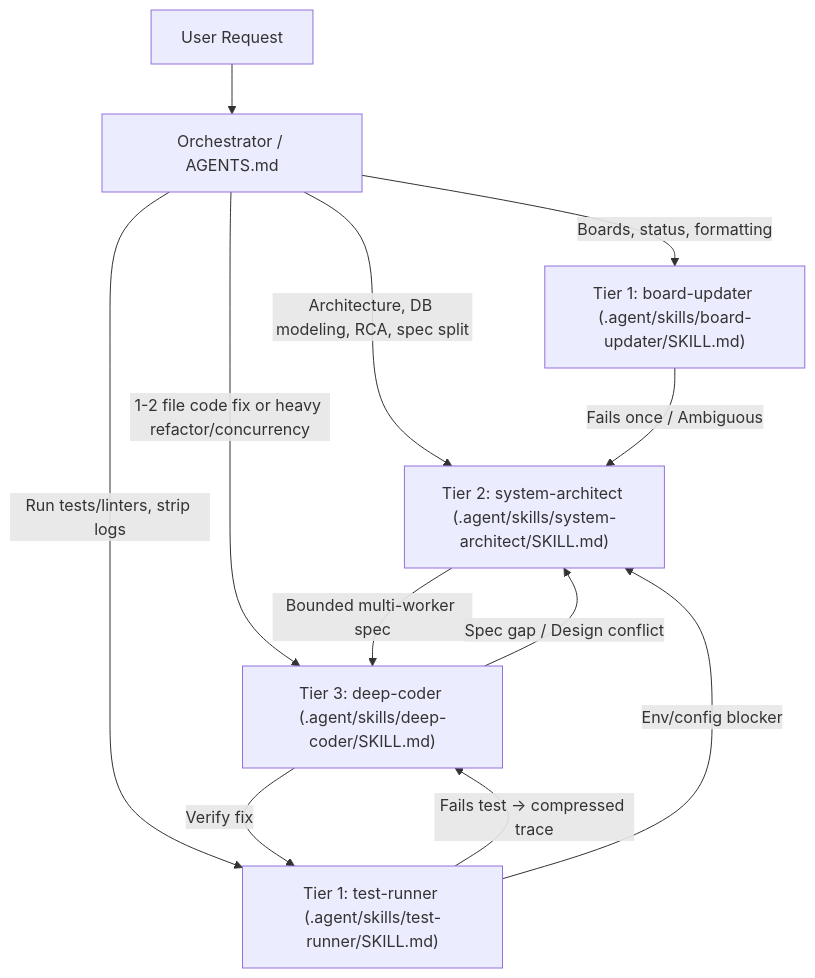
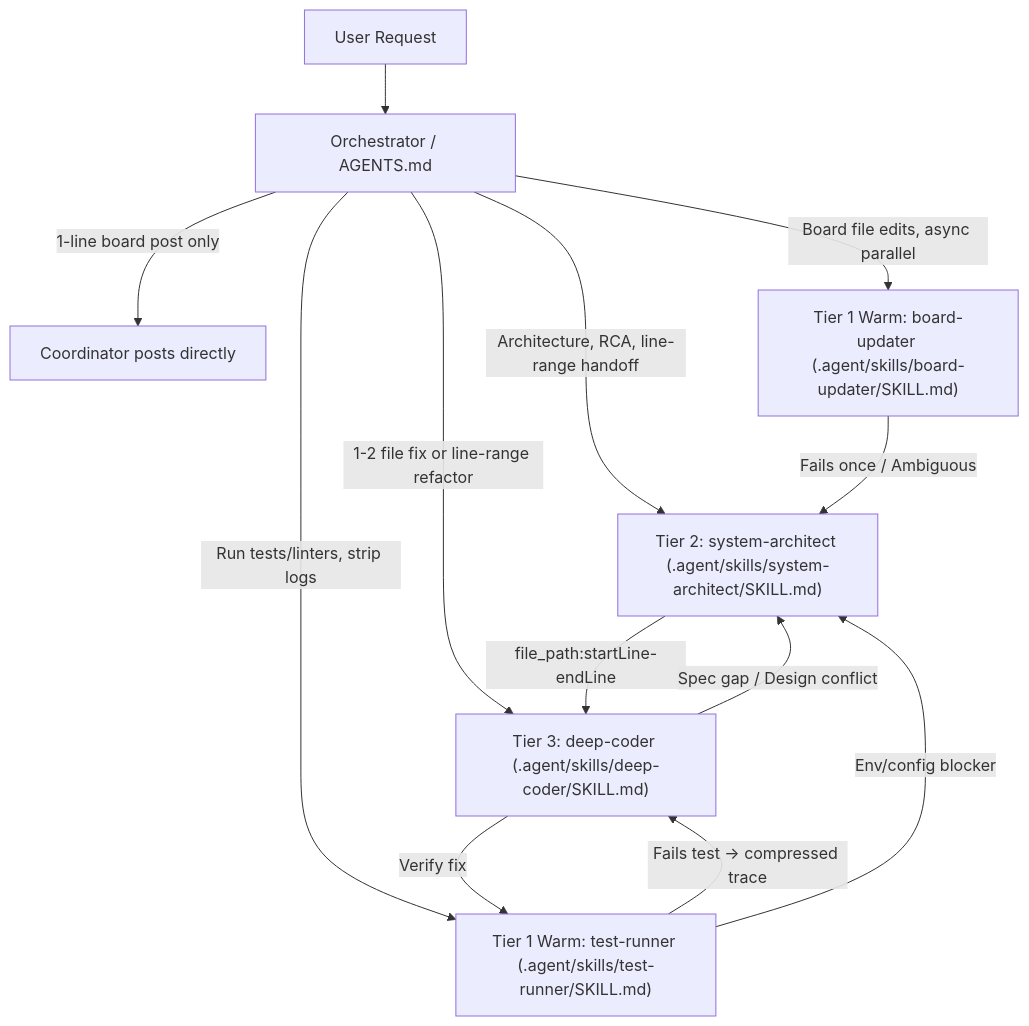
One commit to Anuphap2/antigravity-swarm-router changed the diagram in README.md. Above: the diagram before and after it, drawn with Mermaid. The commit also changed other lines of this file and 5 other files, not shown here.

Commit message:
perf(v3.1): add warm reuse, async board updates, micro-task bypass, and line-range handoffs

````diff
--- a/README.md
+++ b/README.md
@@ -19,15 +41,16 @@
 ```mermaid
 flowchart TD
     U[User Request] --> C[Orchestrator / AGENTS.md]
-    C -->|Boards, status, formatting| T1B["Tier 1: board-updater (.agent/skills/board-updater/SKILL.md)"]
-    C -->|Run tests/linters, strip logs| T1T["Tier 1: test-runner (.agent/skills/test-runner/SKILL.md)"]
-    C -->|Architecture, DB modeling, RCA, spec split| T2["Tier 2: system-architect (.agent/skills/system-architect/SKILL.md)"]
-    C -->|1-2 file code fix or heavy refactor/concurrency| T3["Tier 3: deep-coder (.agent/skills/deep-coder/SKILL.md)"]
+    C -->|1-line board post only| BYPASS[Coordinator posts directly]
+    C -->|Board file edits, async parallel| T1B["Tier 1 Warm: board-updater (.agent/skills/board-updater/SKILL.md)"]
+    C -->|Run tests/linters, strip logs| T1T["Tier 1 Warm: test-runner (.agent/skills/test-runner/SKILL.md)"]
+    C -->|Architecture, RCA, line-range handoff| T2["Tier 2: system-architect (.agent/skills/system-architect/SKILL.md)"]
+    C -->|1-2 file fix or line-range refactor| T3["Tier 3: deep-coder (.agent/skills/deep-coder/SKILL.md)"]
 
     T1B -->|Fails once / Ambiguous| T2
     T1T -->|Fails test -> compressed trace| T3
     T1T -->|Env/config blocker| T2
-    T2 -->|Bounded multi-worker spec| T3
+    T2 -->|file_path:startLine-endLine| T3
     T3 -->|Spec gap / Design conflict| T2
     T3 -->|Verify fix| T1T
 ```
````
